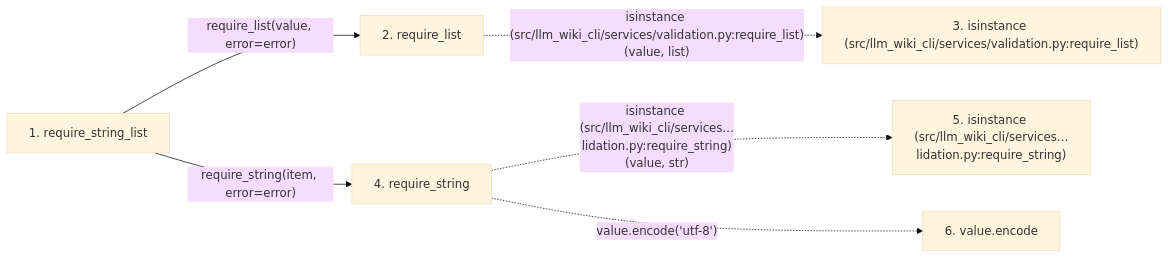
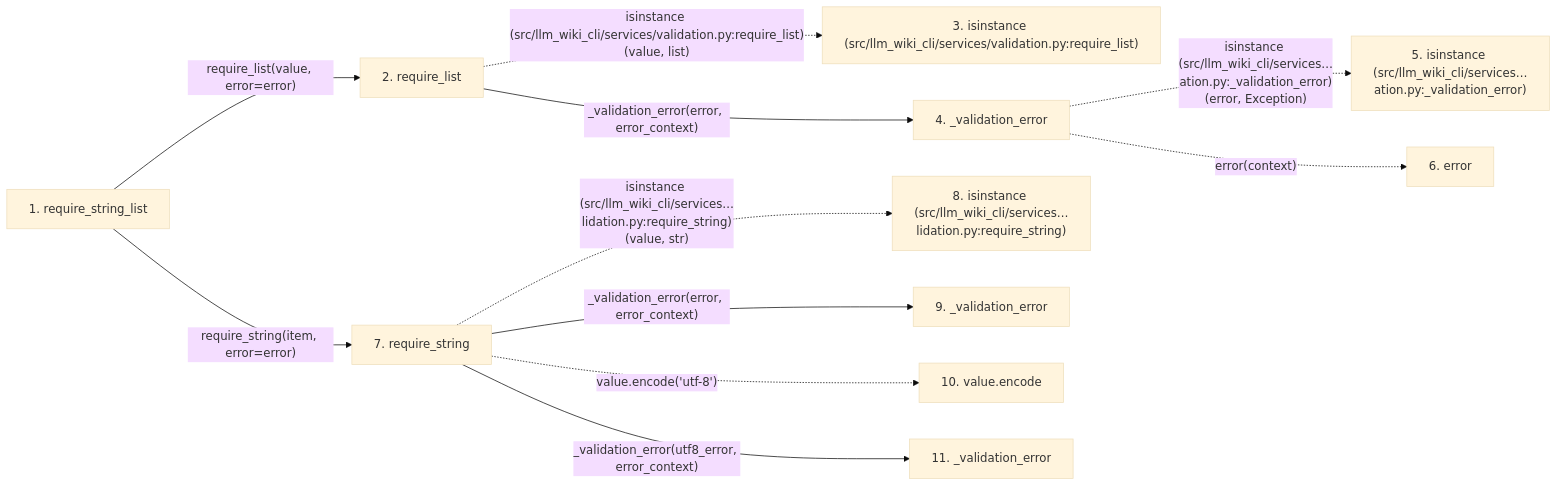
The second of 2 diagrams in docs/llm_wiki/flows/api-require_string_list.md (Denissvgn/python-wiki-llm), drawn with Mermaid (base theme) before and after one commit. The commit also changed other lines of this file and 627 other files, not shown here.

````diff
--- a/docs/llm_wiki/flows/api-require_string_list.md
+++ b/docs/llm_wiki/flows/api-require_string_list.md
@@ -44,17 +52,30 @@
 ```mermaid
 flowchart LR
     s1["1. require_string_list"]
     s2["2. require_list"]
     s3["3. isinstance (src/llm_wiki_cli/services/validation.py:require_list)"]
-    s4["4. require_string"]
-    s5["5. isinstance (src/llm_wiki_cli/services…lidation.py:require_string)"]
-    s6["6. value.encode"]
+    s4["4. _validation_error"]
+    s5["5. isinstance (src/llm_wiki_cli/services…ation.py:_validation_error)"]
+    s6["6. error"]
+    s7["7. require_string"]
+    s8["8. isinstance (src/llm_wiki_cli/services…lidation.py:require_string)"]
+    s9["9. _validation_error"]
+    s10["10. value.encode"]
+    s11["11. _validation_error"]
     s1 -->|"require_list(value, error=error)"| s2
     s2 -. "isinstance (src/llm_wiki_cli/services/validation.py:require_list)(value, list)" .-> s3
-    s1 -->|"require_string(item, error=error)"| s4
-    s4 -. "isinstance (src/llm_wiki_cli/services…lidation.py:require_string)(value, str)" .-> s5
-    s4 -. "value.encode('utf-8')" .-> s6
+    s2 -->|"_validation_error(error, error_context)"| s4
+    s4 -. "isinstance (src/llm_wiki_cli/services…ation.py:_validation_error)(error, Exception)" .-> s5
+    s4 -. "error(context)" .-> s6
+    s1 -->|"require_string(item, error=error)"| s7
+    s7 -. "isinstance (src/llm_wiki_cli/services…lidation.py:require_string)(value, str)" .-> s8
+    s7 -->|"_validation_error(error, error_context)"| s9
+    s7 -. "value.encode('utf-8')" .-> s10
+    s7 -->|"_validation_error(utf8_error, error_context)"| s11
     click s1 "../modules/validation.md"
     click s2 "../modules/validation.md"
     click s4 "../modules/validation.md"
+    click s7 "../modules/validation.md"
+    click s9 "../modules/validation.md"
+    click s11 "../modules/validation.md"
 ```
````
